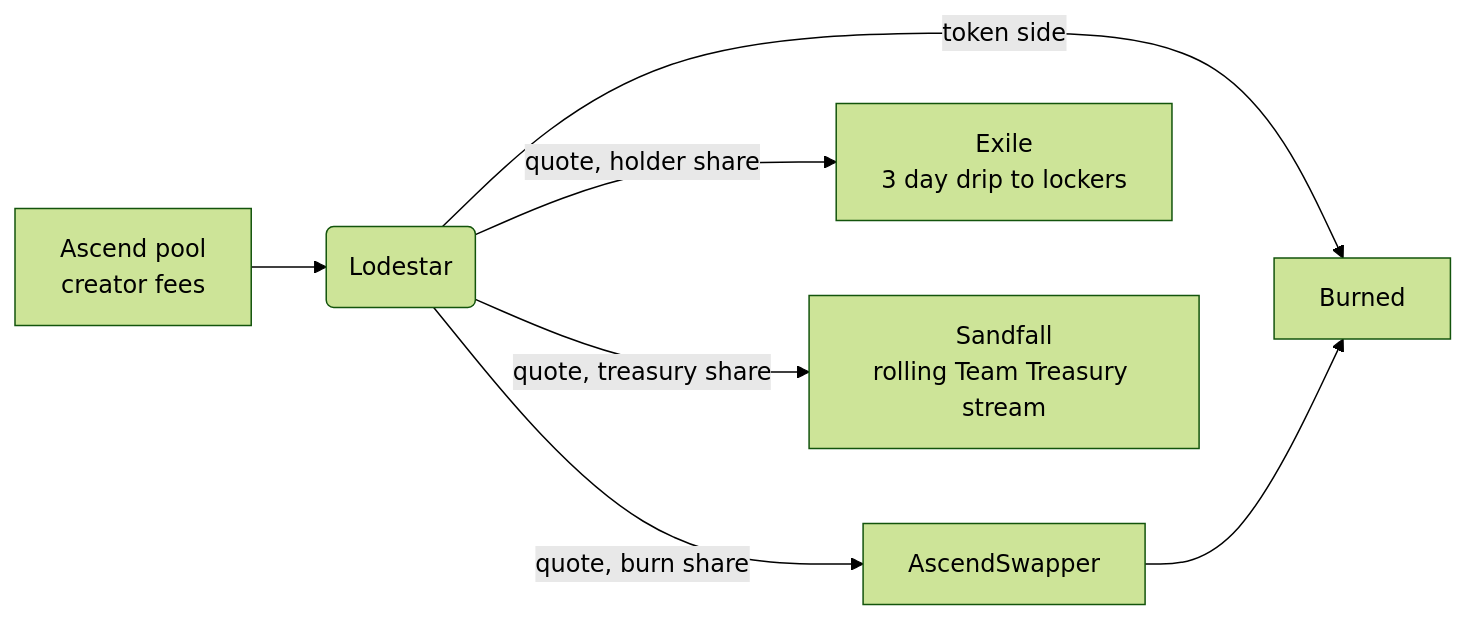
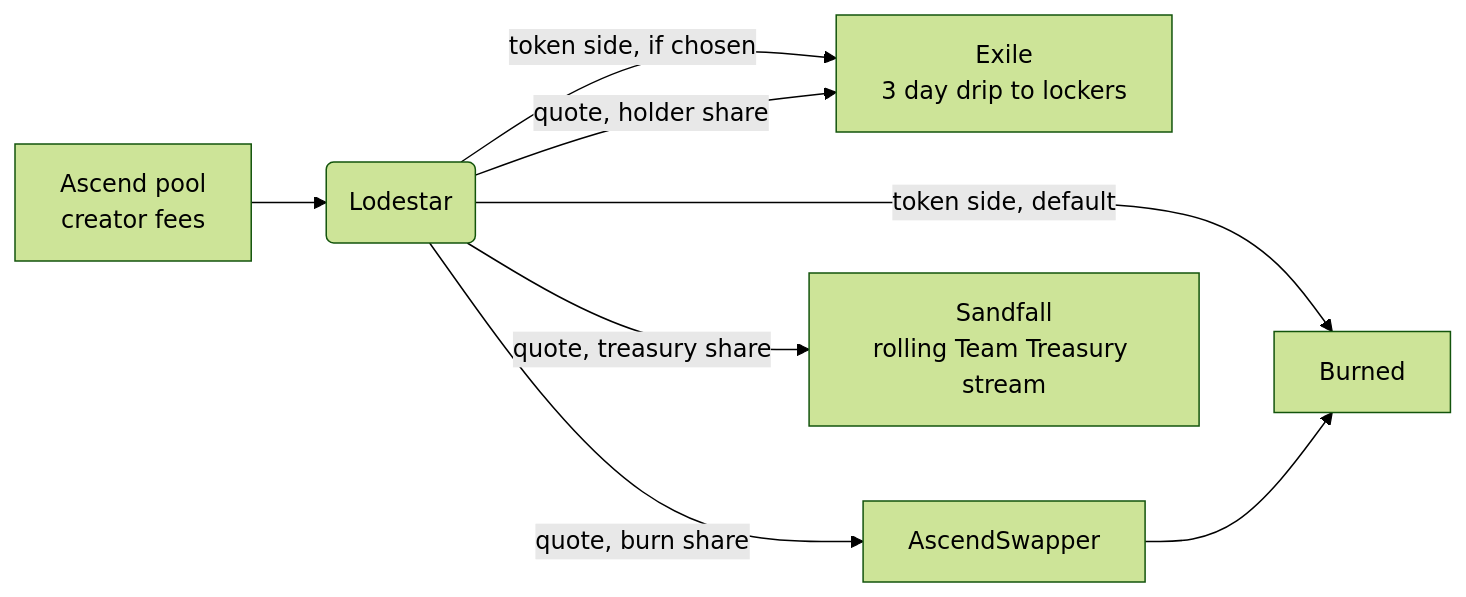
Before and after one commit to monarchy-fi/monarchy: the diagram in README.md, drawn with Mermaid (forest theme). The commit also changed other lines of this file and 20 other files, not shown here.

First line of the commit message:
Let creators pay token-side fees to Exile lockers

````diff
--- a/README.md
+++ b/README.md
@@ -32,8 +32,9 @@
 ```mermaid
 flowchart LR
     A[Ascend pool<br/>creator fees] --> L(Lodestar)
-    L -->|token side| B[Burned]
+    L -->|token side, default| B[Burned]
+    L -->|token side, if chosen| E
     L -->|quote, burn share| S[AscendSwapper] --> B
     L -->|quote, holder share| E[Exile<br/>3 day drip to lockers]
     L -->|quote, treasury share| T[Sandfall<br/>rolling Team Treasury stream]
 ```
````
